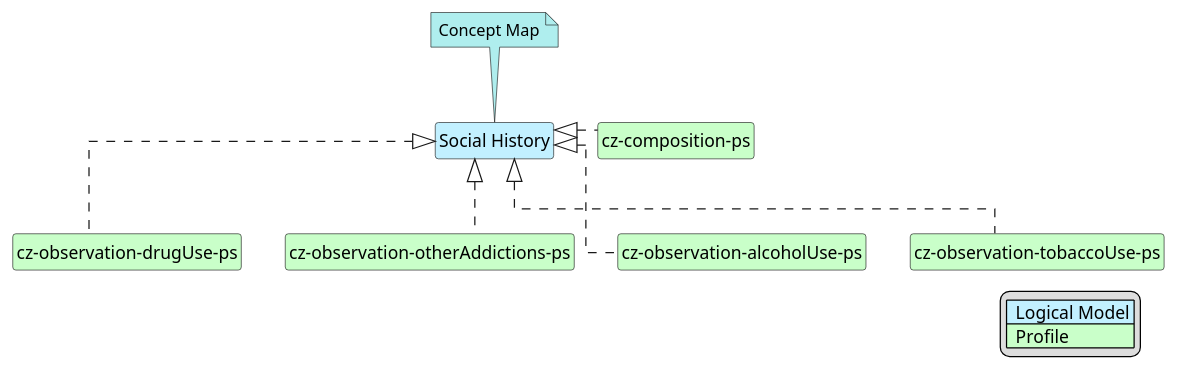
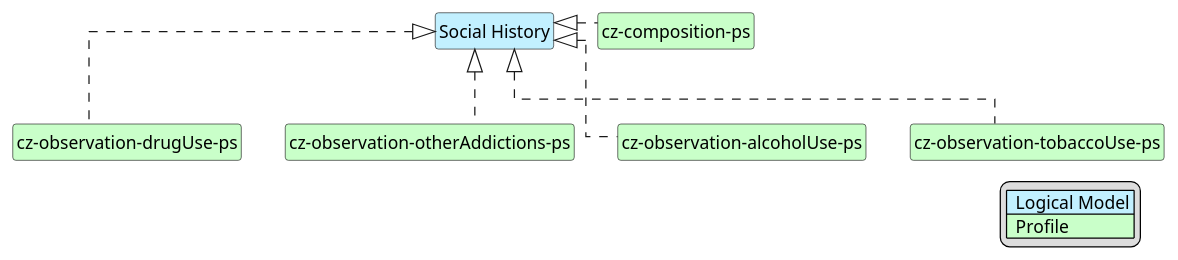
The diagram in input/images-source/PS_SocialHistory-map.plantuml (HL7-cz/ps), drawn with PlantUML before and after one commit. The commit also changed 12 other files, not shown here.

Commit message:
update plantuml

```diff
--- a/input/images-source/PS_SocialHistory-map.plantuml
+++ b/input/images-source/PS_SocialHistory-map.plantuml
@@ -1,39 +1,39 @@
 @startuml PS_SocialHistory-map
 hide circle
 hide stereotype
 hide members
 hide methods
 skinparam linetype ortho
 skinparam class {
 BackgroundColor<<LogicalModel>> #APPLICATION
 BackgroundColor<<Profile>> #TECHNOLOGY
 }
 legend right
 | <#APPLICATION>  Logical Model |
 | <#TECHNOLOGY>  Profile |
 endlegend
 class "Social History" <<LogicalModel>> [[StructureDefinition-LogSocialHistoryCzEn.html]]
-note top #PaleTurquoise [[ConceptMap-socialHistory2FHIR-cz-ps.html]]
-Concept Map
-endnote
+' note top #PaleTurquoise [[ConceptMap-socialHistory2FHIR-cz-ps.html]]
+' Concept Map
+' endnote
 ' --- Profiles mapping Alerts ---
 class "cz-composition-ps" <<Profile>> [[StructureDefinition-cz-composition-ps.html]]
 class "cz-observation-alcoholUse-ps" <<Profile>> [[StructureDefinition-cz-observation-alcoholUse-ps.html]]
 class "cz-observation-tobaccoUse-ps" <<Profile>> [[StructureDefinition-cz-observation-tobaccoUse-ps.html]]
 class "cz-observation-drugUse-ps" <<Profile>> [[StructureDefinition-cz-observation-drugUse-ps.html]]
 class "cz-observation-otherAddictions-ps" <<Profile>> [[StructureDefinition-cz-observation-otherAddictions-ps.html]]
 
 ' --- Realization links ---
 "Social History" <|. "cz-composition-ps"
 "Social History" <|. "cz-observation-alcoholUse-ps"
 "Social History" <|. "cz-observation-tobaccoUse-ps"
 "Social History" <|. "cz-observation-drugUse-ps"
 "Social History" <|. "cz-observation-otherAddictions-ps"
 
 ' ' (volitelné – skryté vazby jen pro rozložení v diagramu)
 "Social History" -d[hidden]-> "cz-composition-ps"
 "cz-composition-ps" -d[hidden]-> "cz-observation-alcoholUse-ps"
 "cz-composition-ps" -d[hidden]-> "cz-observation-tobaccoUse-ps"
 "cz-composition-ps" -d[hidden]-> "cz-observation-drugUse-ps"
 "cz-composition-ps" -d[hidden]-> "cz-observation-otherAddictions-ps"
 @enduml
```
